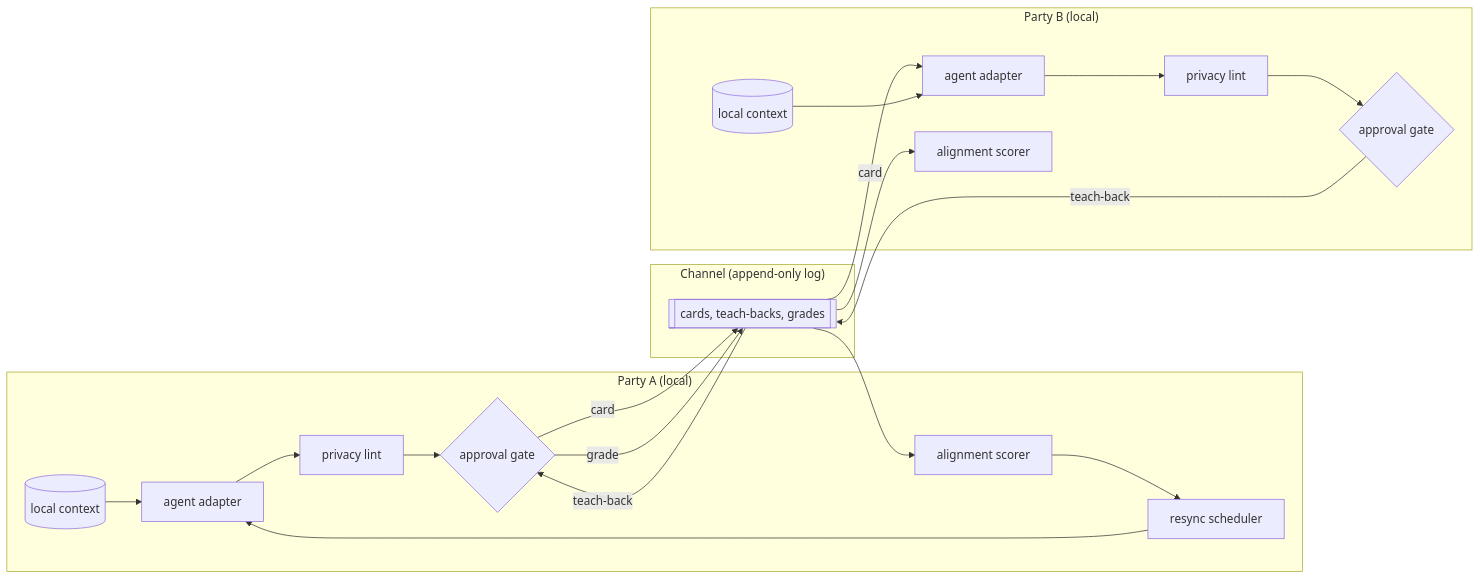
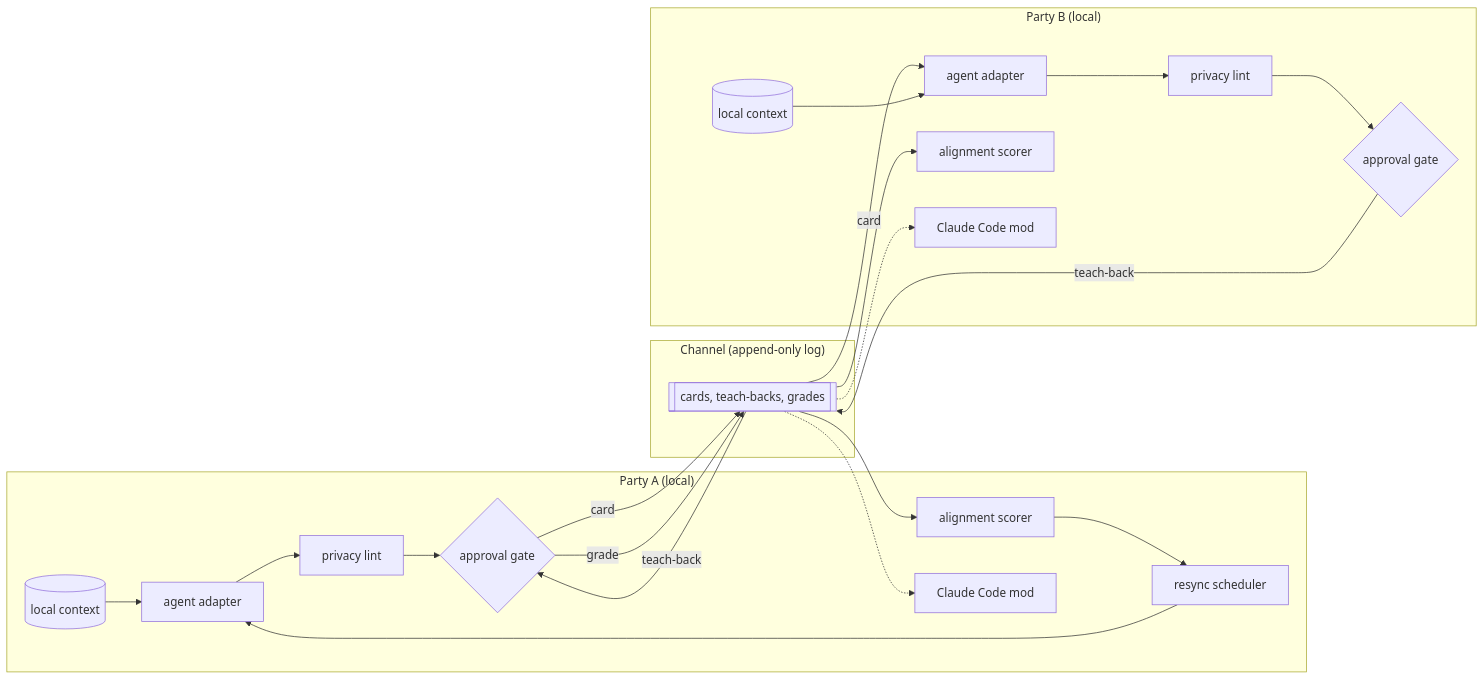
One commit to mrinaalr/parity changed the diagram in docs/architecture.md. Above: the diagram before and after it, drawn with Mermaid. The commit also changed other lines of this file and 56 other files, not shown here.

First line of the commit message:
parity inside claude code

````diff
--- a/docs/architecture.md
+++ b/docs/architecture.md
@@ -18,28 +17,32 @@
 ```mermaid
 flowchart LR
   subgraph A["Party A (local)"]
     actxA[(local context)]
     adA[agent adapter]
     pbA[privacy lint]
     gateA{approval gate}
     scA[alignment scorer]
     rsA[resync scheduler]
+    modA[Claude Code mod]
   end
   subgraph CH["Channel (append-only log)"]
     log[[cards, teach-backs, grades]]
   end
   subgraph B["Party B (local)"]
     actxB[(local context)]
     adB[agent adapter]
     pbB[privacy lint]
     gateB{approval gate}
     scB[alignment scorer]
+    modB[Claude Code mod]
   end
   actxA --> adA --> pbA --> gateA -->|card| log
   log -->|card| adB --> pbB --> gateB -->|teach-back| log
   log -->|teach-back| gateA -->|grade| log
   log --> scA
   log --> scB
   scA --> rsA --> adA
   actxB --> adB
+  log -.-> modA
+  log -.-> modB
 ```
````
